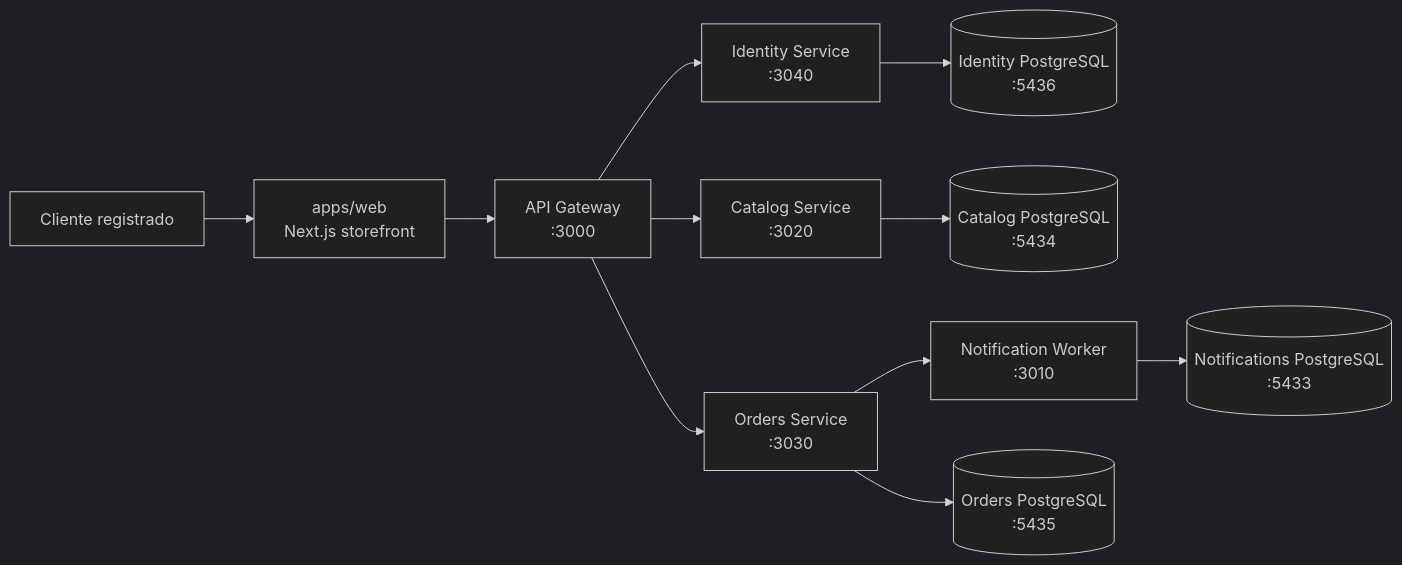
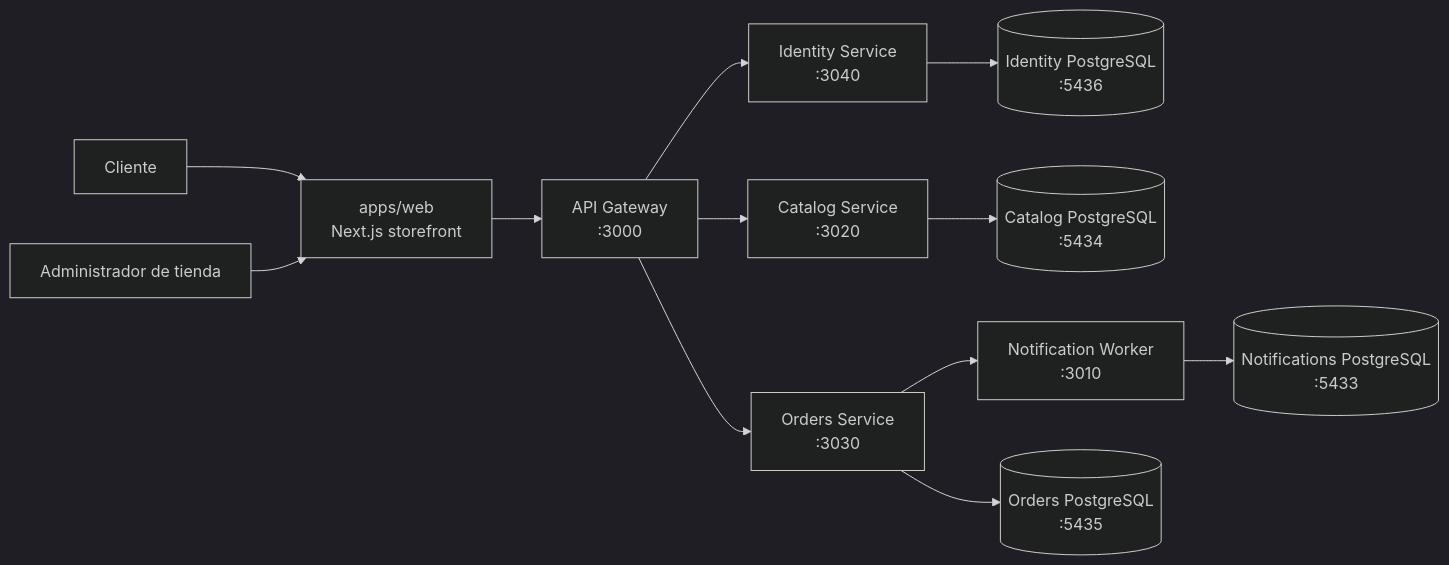
One commit to HectorARiascosI/mileshop-platform changed the first of 10 diagrams in docs/wiki/architecture-overview.md. Above: the diagram before and after it, drawn with Mermaid (dark theme). The commit also changed other lines of this file and 106 other files, not shown here.

````diff
--- a/docs/wiki/architecture-overview.md
+++ b/docs/wiki/architecture-overview.md
@@ -22,13 +22,14 @@
 ```mermaid
 flowchart LR
-    Customer[Cliente registrado] --> Web[apps/web\nNext.js storefront]
+    Customer[Cliente] --> Web[apps/web\nNext.js storefront]
+    StoreAdmin[Administrador de tienda] --> Web
     Web --> Gateway[API Gateway\n:3000]
     Gateway --> Identity[Identity Service\n:3040]
     Gateway --> Catalog[Catalog Service\n:3020]
     Gateway --> Orders[Orders Service\n:3030]
     Orders --> Worker[Notification Worker\n:3010]
     Identity --> IdentityDb[(Identity PostgreSQL\n:5436)]
     Catalog --> CatalogDb[(Catalog PostgreSQL\n:5434)]
     Orders --> OrdersDb[(Orders PostgreSQL\n:5435)]
     Worker --> NotificationDb[(Notifications PostgreSQL\n:5433)]
 ```
````
